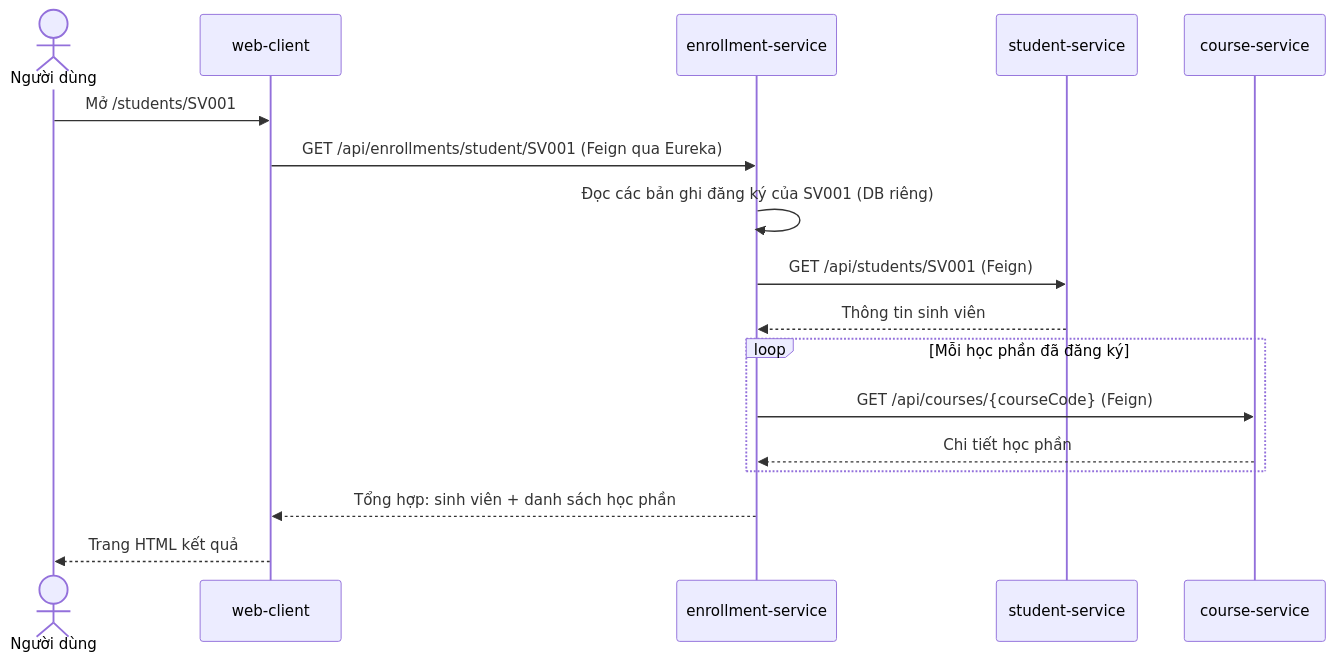
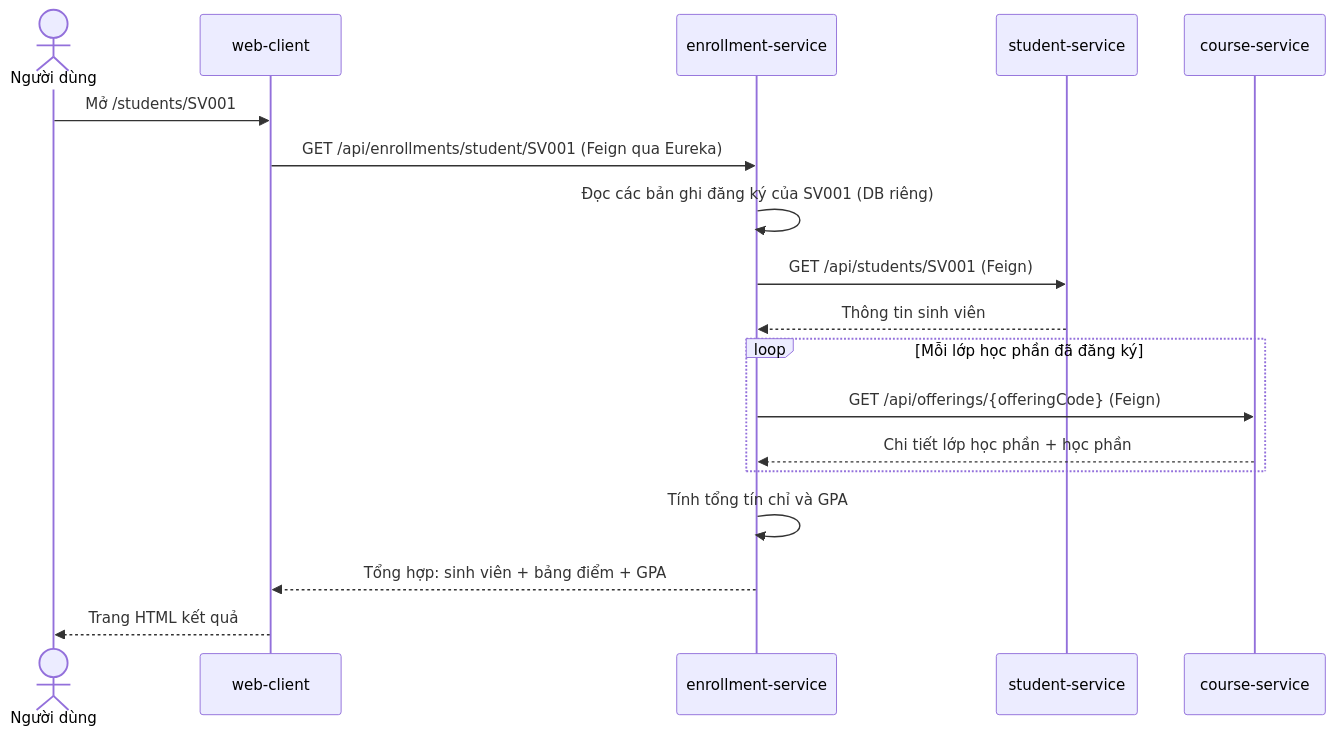
The first of 4 diagrams in lab-1-springboot/report/03-luong-xu-ly.md (Keineik/microservice-labs), drawn with Mermaid before and after one commit. The commit also changed other lines of this file and 51 other files, not shown here.

First line of the commit message:
Add course offerings, GPA transcript, and registrar web console

````diff
--- a/lab-1-springboot/report/03-luong-xu-ly.md
+++ b/lab-1-springboot/report/03-luong-xu-ly.md
@@ -27,20 +29,21 @@
 ```mermaid
 sequenceDiagram
     actor U as Người dùng
     participant W as web-client
     participant E as enrollment-service
     participant S as student-service
     participant C as course-service
 
     U->>W: Mở /students/SV001
     W->>E: GET /api/enrollments/student/SV001 (Feign qua Eureka)
     E->>E: Đọc các bản ghi đăng ký của SV001 (DB riêng)
     E->>S: GET /api/students/SV001 (Feign)
     S-->>E: Thông tin sinh viên
-    loop Mỗi học phần đã đăng ký
-        E->>C: GET /api/courses/{courseCode} (Feign)
-        C-->>E: Chi tiết học phần
+    loop Mỗi lớp học phần đã đăng ký
+        E->>C: GET /api/offerings/{offeringCode} (Feign)
+        C-->>E: Chi tiết lớp học phần + học phần
     end
-    E-->>W: Tổng hợp: sinh viên + danh sách học phần
+    E->>E: Tính tổng tín chỉ và GPA
+    E-->>W: Tổng hợp: sinh viên + bảng điểm + GPA
     W-->>U: Trang HTML kết quả
 ```
````
